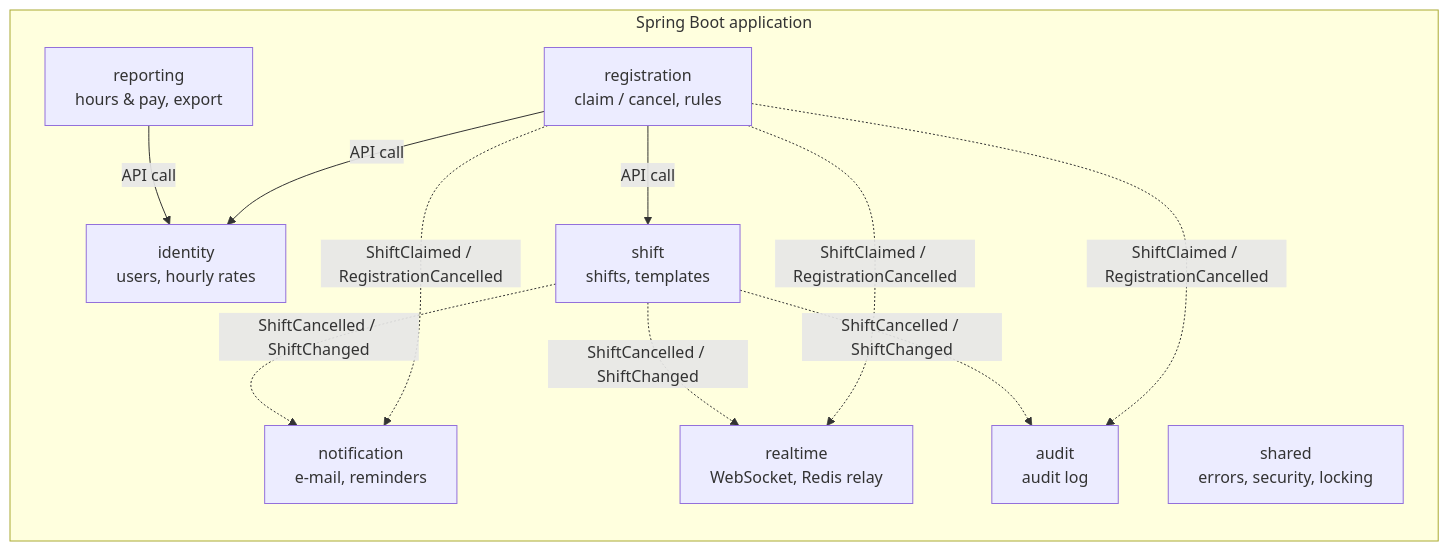
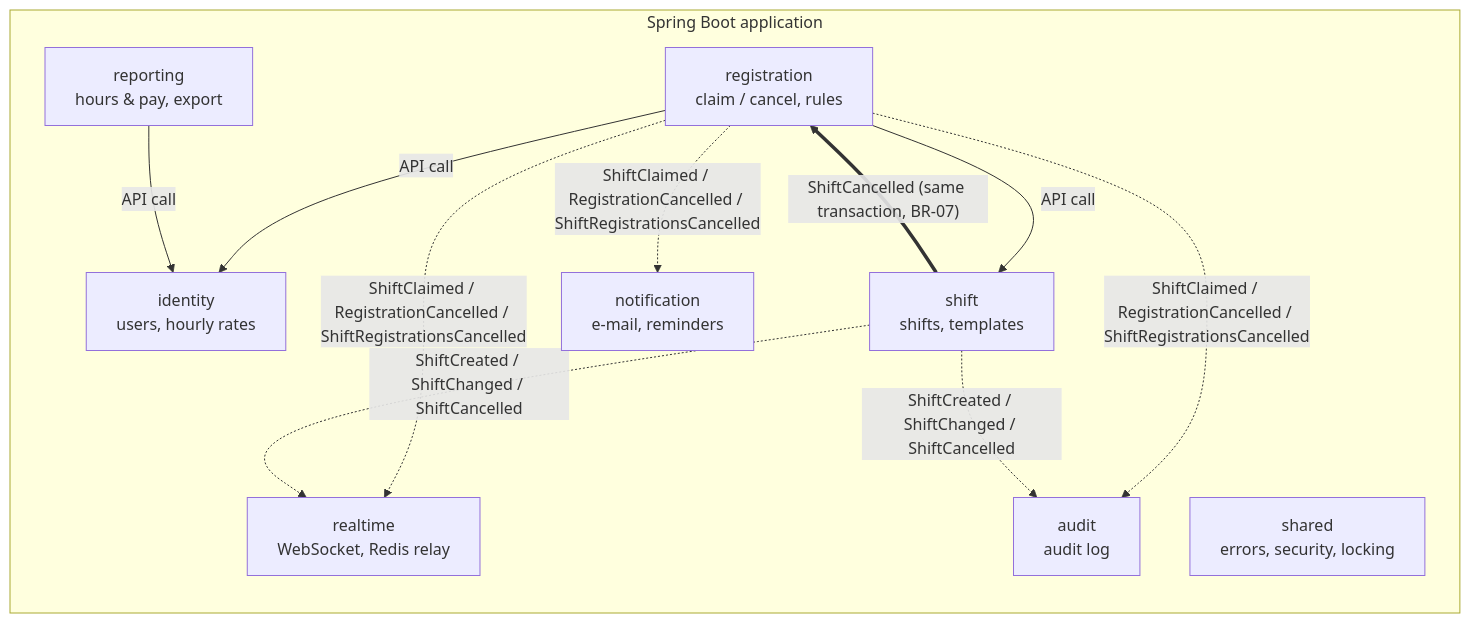
One commit to LukastGeorge/Automated-Shift-Registration-Claiming-System-ShiftGrab- changed the third of 5 diagrams in docs/design/architecture.md. Above: the diagram before and after it, drawn with Mermaid. The commit also changed other lines of this file and 7 other files, not shown here.

First line of the commit message:
feat(shift): cancel shifts and their registrations atomically

````diff
--- a/docs/design/architecture.md
+++ b/docs/design/architecture.md
@@ -59,18 +59,19 @@
 ```mermaid
 flowchart LR
   subgraph backend[Spring Boot application]
     identity[identity<br/>users, hourly rates]
     shift[shift<br/>shifts, templates]
     registration[registration<br/>claim / cancel, rules]
     notification[notification<br/>e-mail, reminders]
     realtime[realtime<br/>WebSocket, Redis relay]
     reporting[reporting<br/>hours & pay, export]
     audit[audit<br/>audit log]
     shared[shared<br/>errors, security, locking]
   end
   registration -->|API call| shift
   registration -->|API call| identity
   reporting -->|API call| identity
-  registration -. ShiftClaimed / RegistrationCancelled .-> notification & realtime & audit
-  shift -. ShiftCancelled / ShiftChanged .-> notification & realtime & audit
+  registration -. ShiftClaimed / RegistrationCancelled / ShiftRegistrationsCancelled .-> notification & realtime & audit
+  shift -. ShiftCreated / ShiftChanged / ShiftCancelled .-> realtime & audit
+  shift == "ShiftCancelled (same transaction, BR-07)" ==> registration
 ```
````
